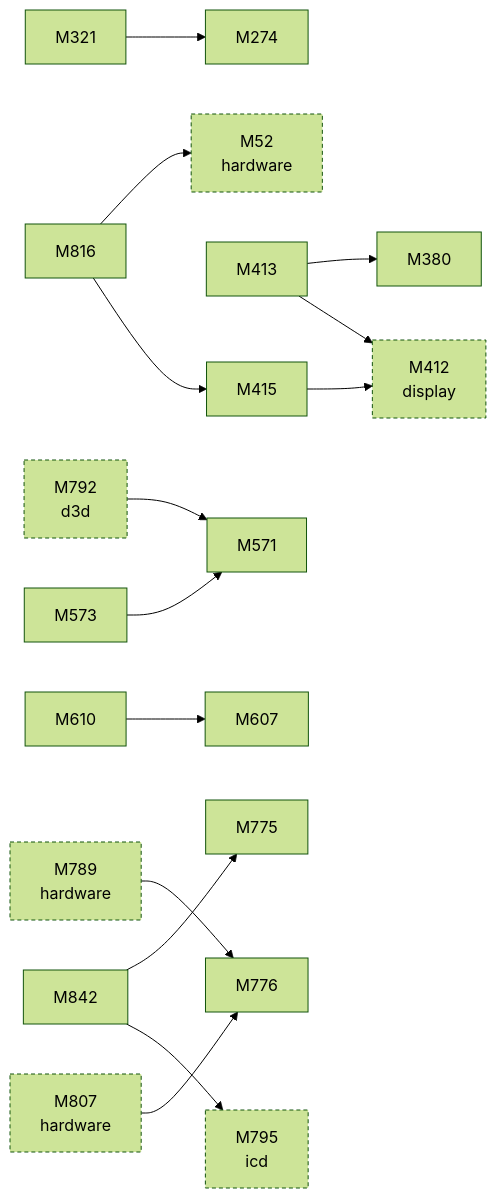
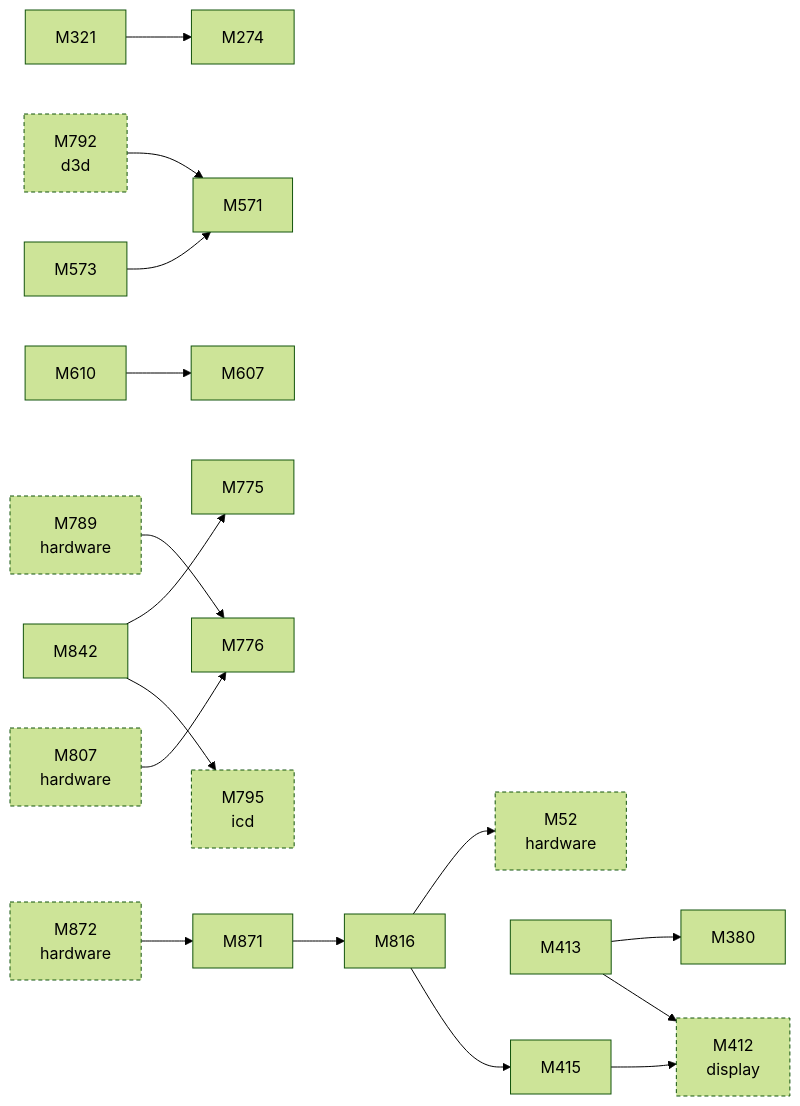
One commit to D-Ogi/amdgpu-wddm changed the second of 2 diagrams in docs/facts/graphs/games.md. Above: the diagram before and after it, drawn with Mermaid (forest theme). The commit also changed 81 other files, not shown here.

````diff
--- a/docs/facts/graphs/games.md
+++ b/docs/facts/graphs/games.md
@@ -31,37 +31,41 @@
 ```mermaid
 flowchart LR
   M52["M52<br/>hardware"]
   M274["M274"]
   M321["M321"]
   M380["M380"]
   M412["M412<br/>display"]
   M413["M413"]
   M415["M415"]
   M571["M571"]
   M573["M573"]
   M607["M607"]
   M610["M610"]
   M775["M775"]
   M776["M776"]
   M789["M789<br/>hardware"]
   M792["M792<br/>d3d"]
   M795["M795<br/>icd"]
   M807["M807<br/>hardware"]
   M816["M816"]
   M842["M842"]
+  M871["M871"]
+  M872["M872<br/>hardware"]
   M789 --> M776
   M807 --> M776
+  M872 --> M871
   M792 --> M571
   M321 --> M274
   M413 --> M380
   M413 --> M412
   M415 --> M412
   M573 --> M571
   M610 --> M607
   M816 --> M52
   M816 --> M415
   M842 --> M775
   M842 --> M795
+  M871 --> M816
   classDef other stroke-dasharray:4 3
-  class M52,M412,M789,M792,M795,M807 other
+  class M52,M412,M789,M792,M795,M807,M872 other
 ```
````
